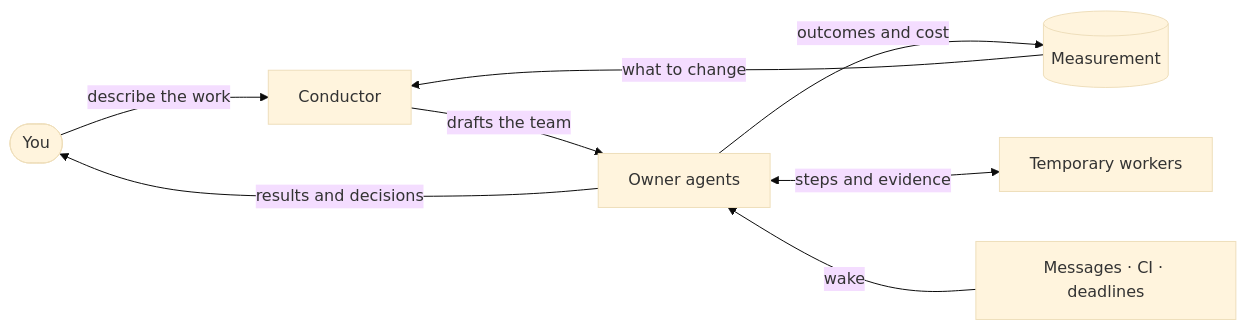
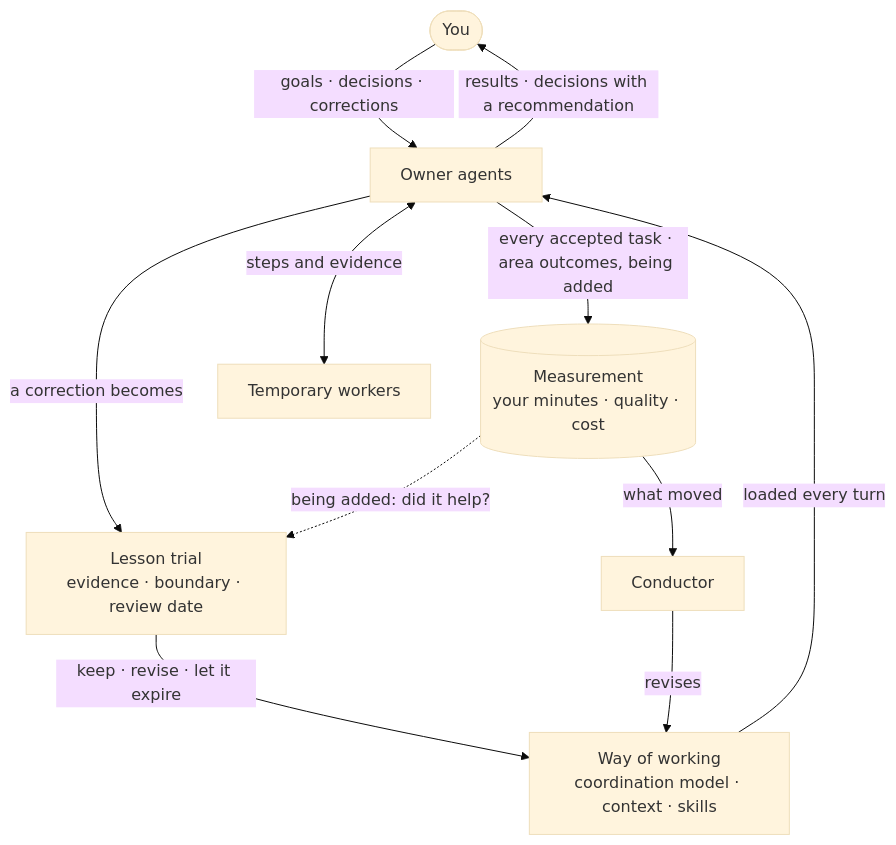
One commit to cebertowicz/corsia changed the first of 3 diagrams in README.md. Above: the diagram before and after it, drawn with Mermaid (base theme). The commit also changed other lines of this file, not shown here.

Commit message:
README: lead with measured attention and owners that answer for results

````diff
--- a/README.md
+++ b/README.md
@@ -46,12 +46,13 @@
 ```mermaid
-flowchart LR
-    You([You]) -->|describe the work| C[Conductor]
-    C -->|drafts the team| O[Owner agents]
-    O -->|results and decisions| You
-    O -->|outcomes and cost| M[(Measurement)]
-    M -->|what to change| C
-    O ~~~ W
+flowchart TD
+    You([You]) -->|goals · decisions · corrections| O[Owner agents]
+    O -->|results · decisions with a recommendation| You
+    O -->|a correction becomes| L[Lesson trial<br/>evidence · boundary · review date]
+    O -->|every accepted task · area outcomes, being added| M[(Measurement<br/>your minutes · quality · cost)]
     O <-->|steps and evidence| W[Temporary workers]
-    O ~~~ E
-    E[Messages · CI · deadlines] -->|wake| O
+    M -.->|being added: did it help?| L
+    M -->|what moved| C[Conductor]
+    L -->|keep · revise · let it expire| G[Way of working<br/>coordination model · context · skills]
+    C -->|revises| G
+    G -->|loaded every turn| O
 ```
````
